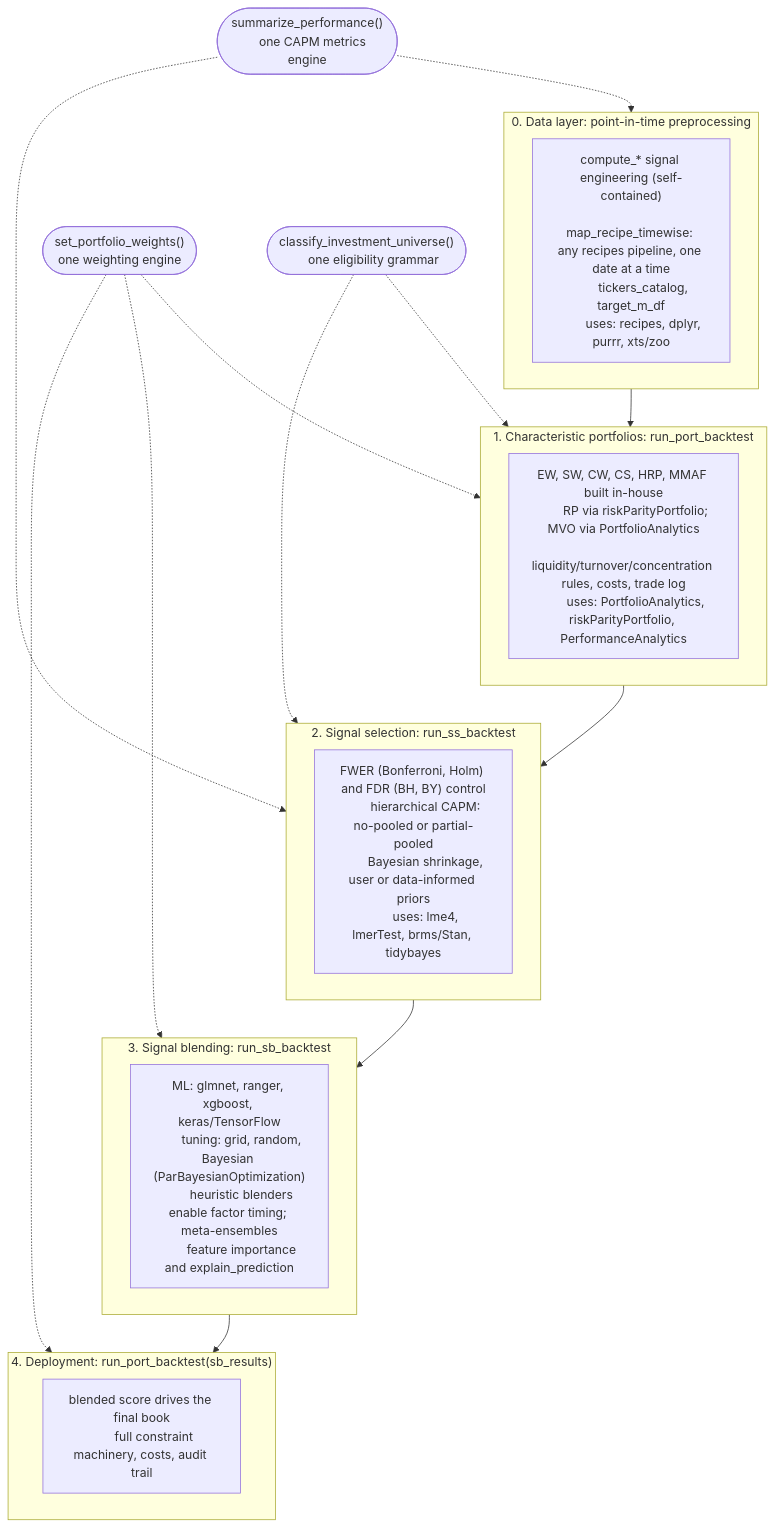
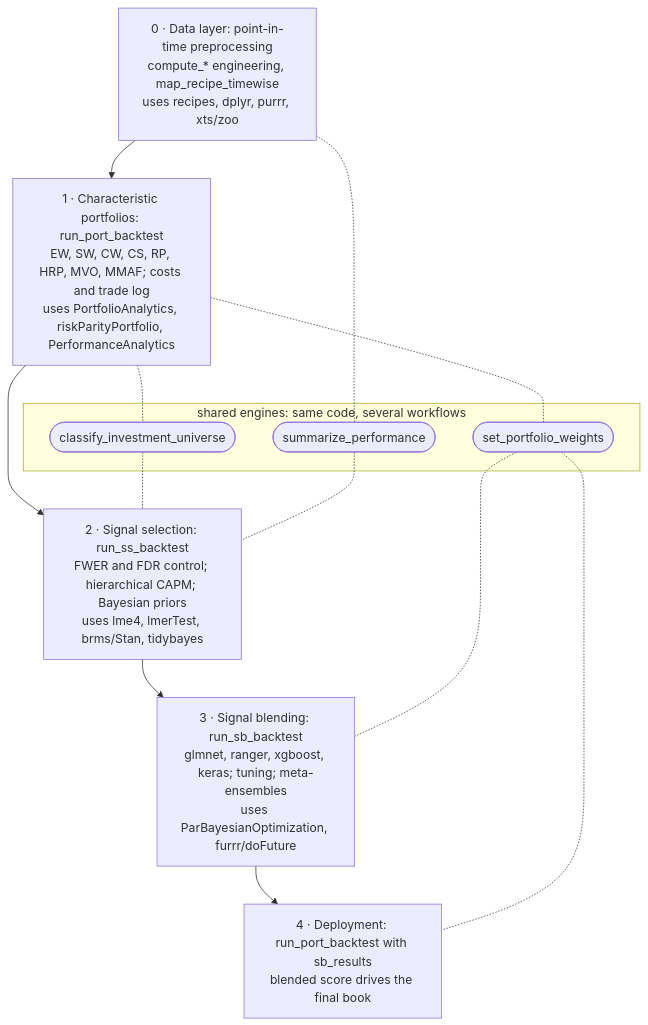
The second of 2 diagrams in README.Rmd (pauloguimaraes871/factoRverse), drawn with Mermaid before and after one commit. The commit also changed other lines of this file and 3 other files, not shown here.

First line of the commit message:
Ship FactorOps map on the pkgdown site and simplify README diagram

````diff
--- a/README.Rmd
+++ b/README.Rmd
@@ -108,52 +108,21 @@
 ``` mermaid
 flowchart TB
-    subgraph S0 ["0. Data layer: point-in-time preprocessing"]
-        F0["compute_* signal engineering (self-contained)
-        map_recipe_timewise: any recipes pipeline, one date at a time
-        tickers_catalog, target_m_df
-        uses: recipes, dplyr, purrr, xts/zoo"]
-    end
-
-    subgraph P1 ["1. Characteristic portfolios: run_port_backtest"]
-        F1["EW, SW, CW, CS, HRP, MMAF built in-house
-        RP via riskParityPortfolio; MVO via PortfolioAnalytics
-        liquidity/turnover/concentration rules, costs, trade log
-        uses: PortfolioAnalytics, riskParityPortfolio, PerformanceAnalytics"]
-    end
-
-    subgraph P2 ["2. Signal selection: run_ss_backtest"]
-        F2["FWER (Bonferroni, Holm) and FDR (BH, BY) control
-        hierarchical CAPM: no-pooled or partial-pooled
-        Bayesian shrinkage, user or data-informed priors
-        uses: lme4, lmerTest, brms/Stan, tidybayes"]
-    end
-
-    subgraph P3 ["3. Signal blending: run_sb_backtest"]
-        F3["ML: glmnet, ranger, xgboost, keras/TensorFlow
-        tuning: grid, random, Bayesian (ParBayesianOptimization)
-        heuristic blenders enable factor timing; meta-ensembles
-        feature importance and explain_prediction"]
-    end
-
-    subgraph P4 ["4. Deployment: run_port_backtest(sb_results)"]
-        F4["blended score drives the final book
-        full constraint machinery, costs, audit trail"]
-    end
-
-    SPW(["set_portfolio_weights()
-    one weighting engine"])
-    CIU(["classify_investment_universe()
-    one eligibility grammar"])
-    SPF(["summarize_performance()
-    one CAPM metrics engine"])
+    S0["0 · Data layer: point-in-time preprocessing<br/>compute_* engineering, map_recipe_timewise<br/>uses recipes, dplyr, purrr, xts/zoo"]
+    P1["1 · Characteristic portfolios: run_port_backtest<br/>EW, SW, CW, CS, RP, HRP, MVO, MMAF; costs and trade log<br/>uses PortfolioAnalytics, riskParityPortfolio, PerformanceAnalytics"]
+    P2["2 · Signal selection: run_ss_backtest<br/>FWER and FDR control; hierarchical CAPM; Bayesian priors<br/>uses lme4, lmerTest, brms/Stan, tidybayes"]
+    P3["3 · Signal blending: run_sb_backtest<br/>glmnet, ranger, xgboost, keras; tuning; meta-ensembles<br/>uses ParBayesianOptimization, furrr/doFuture"]
+    P4["4 · Deployment: run_port_backtest with sb_results<br/>blended score drives the final book"]
 
     S0 --> P1 --> P2 --> P3 --> P4
 
-    SPW -.-> P1
-    SPW -.-> P3
-    SPW -.-> P4
-    CIU -.-> P1
-    CIU -.-> P2
-    SPF -.-> S0
-    SPF -.-> P2
+    subgraph SHARED ["shared engines: same code, several workflows"]
+        SPW(["set_portfolio_weights"])
+        CIU(["classify_investment_universe"])
+        SPF(["summarize_performance"])
+    end
+
+    P1 -.- SPW -.- P3
+    SPW -.- P4
+    P1 -.- CIU -.- P2
+    S0 -.- SPF -.- P2
 ```
````
